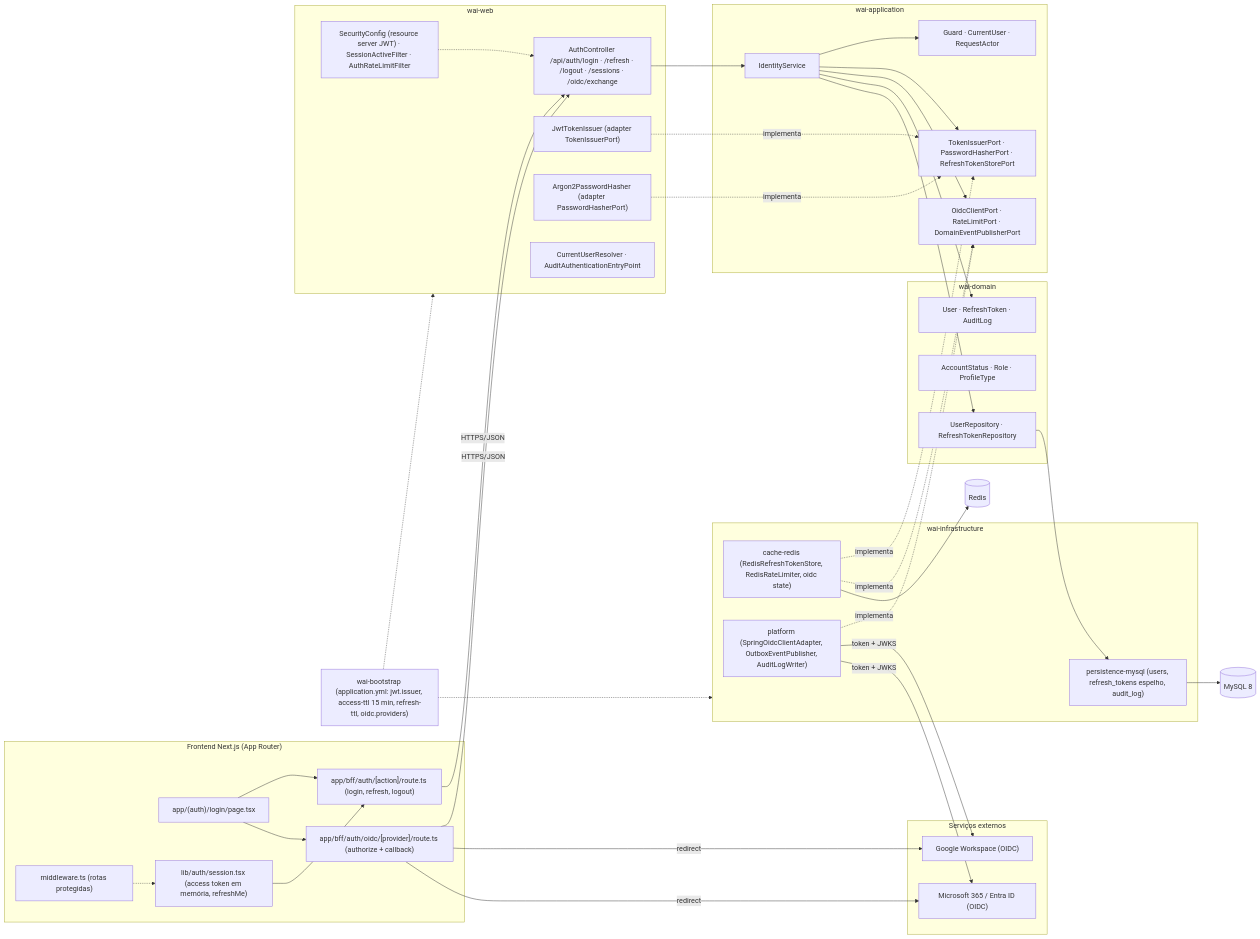
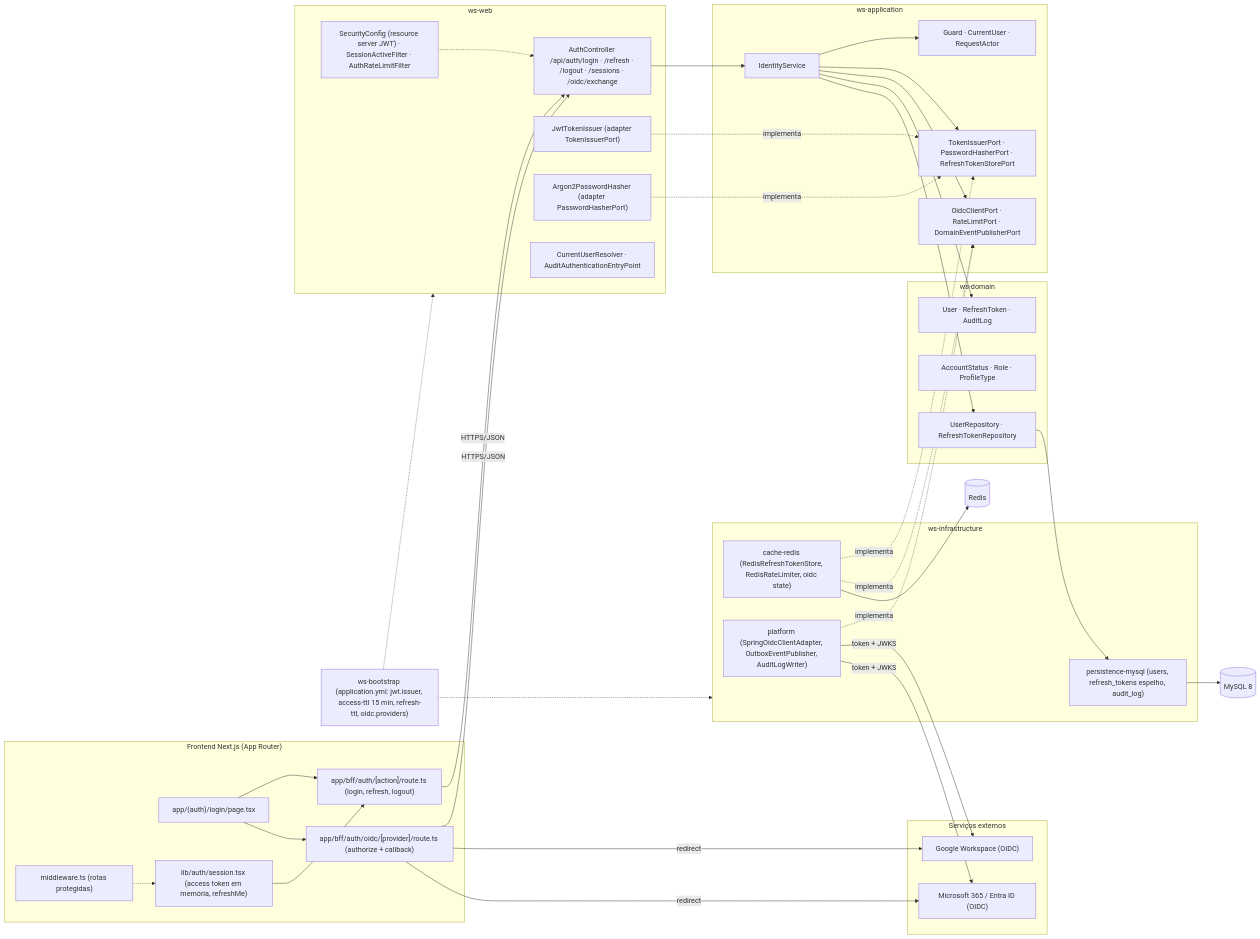
One commit to MatheusHaliski/Decia-app-2026 changed the fifth of 5 diagrams in docs/diagramas/RF2/README.md. Above: the diagram before and after it, drawn with Mermaid. The commit also changed other lines of this file and 65 other files, not shown here.

First line of the commit message:
docs: renomeia o produto para Work Station (módulos ws-*), UserPreferences no diagrama v1, RF44/RF45 ajustados, design system (tokens, components.css, 66 ícones, 112 anatomias SVG, galeria e capturas) e dúvidas Q-36..Q-43

````diff
--- a/docs/diagramas/RF2/README.md
+++ b/docs/diagramas/RF2/README.md
@@ -395,73 +395,73 @@
 ```mermaid
 flowchart LR
   subgraph FE["Frontend Next.js (App Router)"]
     FE1["app/(auth)/login/page.tsx"]
     FE2["app/bff/auth/[action]/route.ts (login, refresh, logout)"]
     FE3["app/bff/auth/oidc/[provider]/route.ts (authorize + callback)"]
     FE4["lib/auth/session.tsx (access token em memória, refreshMe)"]
     FE5["middleware.ts (rotas protegidas)"]
   end
 
-  subgraph WEB["wai-web"]
+  subgraph WEB["ws-web"]
     W1["AuthController /api/auth/login · /refresh · /logout · /sessions · /oidc/exchange"]
     W2["SecurityConfig (resource server JWT) · SessionActiveFilter · AuthRateLimitFilter"]
     W3["JwtTokenIssuer (adapter TokenIssuerPort)"]
     W4["Argon2PasswordHasher (adapter PasswordHasherPort)"]
     W5["CurrentUserResolver · AuditAuthenticationEntryPoint"]
   end
 
-  subgraph APP["wai-application"]
+  subgraph APP["ws-application"]
     S1["IdentityService"]
     S2["Guard · CurrentUser · RequestActor"]
     P1["TokenIssuerPort · PasswordHasherPort · RefreshTokenStorePort"]
     P2["OidcClientPort · RateLimitPort · DomainEventPublisherPort"]
   end
 
-  subgraph DOM["wai-domain"]
+  subgraph DOM["ws-domain"]
     D1["User · RefreshToken · AuditLog"]
     D2["AccountStatus · Role · ProfileType"]
     D3["UserRepository · RefreshTokenRepository"]
   end
 
-  subgraph INFRA["wai-infrastructure"]
+  subgraph INFRA["ws-infrastructure"]
     I1["persistence-mysql (users, refresh_tokens espelho, audit_log)"]
     I2["cache-redis (RedisRefreshTokenStore, RedisRateLimiter, oidc state)"]
     I3["platform (SpringOidcClientAdapter, OutboxEventPublisher, AuditLogWriter)"]
   end
 
   subgraph EXT["Serviços externos"]
     X1["Google Workspace (OIDC)"]
     X2["Microsoft 365 / Entra ID (OIDC)"]
   end
 
   MY[("MySQL 8")]
   RD[("Redis")]
 
   FE1 --> FE2
   FE1 --> FE3
   FE4 --> FE2
   FE5 -.-> FE4
   FE2 -->|HTTPS/JSON| W1
   FE3 -->|HTTPS/JSON| W1
   FE3 -->|redirect| X1
   FE3 -->|redirect| X2
   W2 -.-> W1
   W1 --> S1
   S1 --> S2
   S1 --> P1
   S1 --> P2
   S1 --> D1
   S1 --> D3
   W3 -.->|implementa| P1
   W4 -.->|implementa| P1
   I2 -.->|implementa| P1
   I2 -.->|implementa| P2
   I3 -.->|implementa| P2
   I3 -->|token + JWKS| X1
   I3 -->|token + JWKS| X2
   D3 --> I1
   I1 --> MY
   I2 --> RD
-  BOOT["wai-bootstrap (application.yml: jwt.issuer, access-ttl 15 min, refresh-ttl, oidc.providers)"] -.-> WEB
+  BOOT["ws-bootstrap (application.yml: jwt.issuer, access-ttl 15 min, refresh-ttl, oidc.providers)"] -.-> WEB
   BOOT -.-> INFRA
 ```
````
